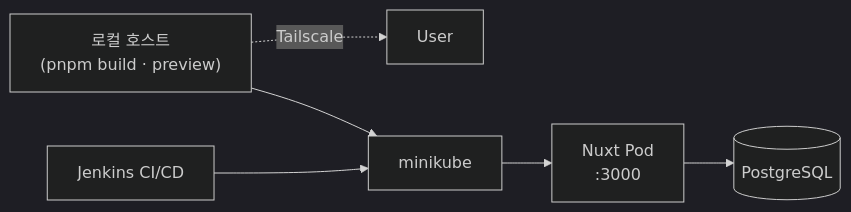
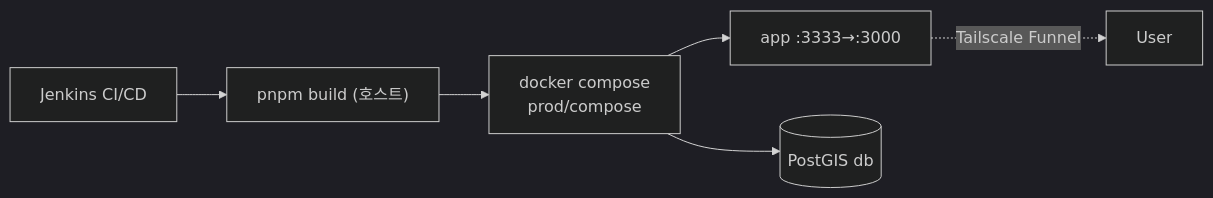
Before and after one commit to gomj-runnable/runnable2.0: the diagram in docs/wiki/7-Operations.md, drawn with Mermaid (dark theme). The commit also changed other lines of this file and 5 other files, not shown here.

````diff
--- a/docs/wiki/7-Operations.md
+++ b/docs/wiki/7-Operations.md
@@ -14,8 +14,8 @@
 ```mermaid
 flowchart LR
-    Dev["로컬 호스트<br/>(pnpm build · preview)"] -. Tailscale .-> User
-    Dev --> Mini[minikube]
-    Jen[Jenkins CI/CD] --> Mini
-    Mini --> Pod[Nuxt Pod<br/>:3000]
-    Pod --> PG[(PostgreSQL)]
+    Jen[Jenkins CI/CD] --> Build["pnpm build (호스트)"]
+    Build --> Compose[docker compose<br/>prod/compose]
+    Compose --> App[app :3333→:3000]
+    Compose --> PG[(PostGIS db)]
+    App -. Tailscale Funnel .-> User
 ```
````
